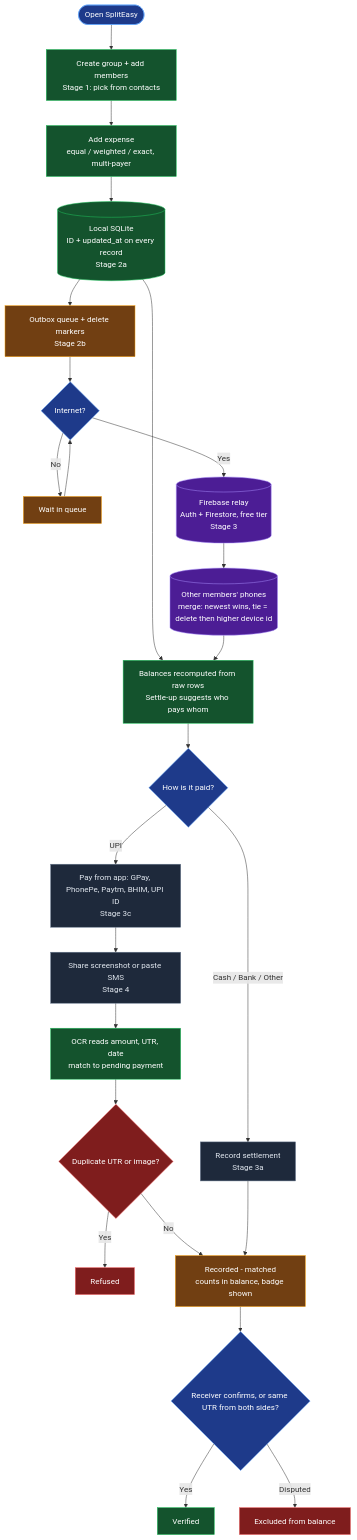
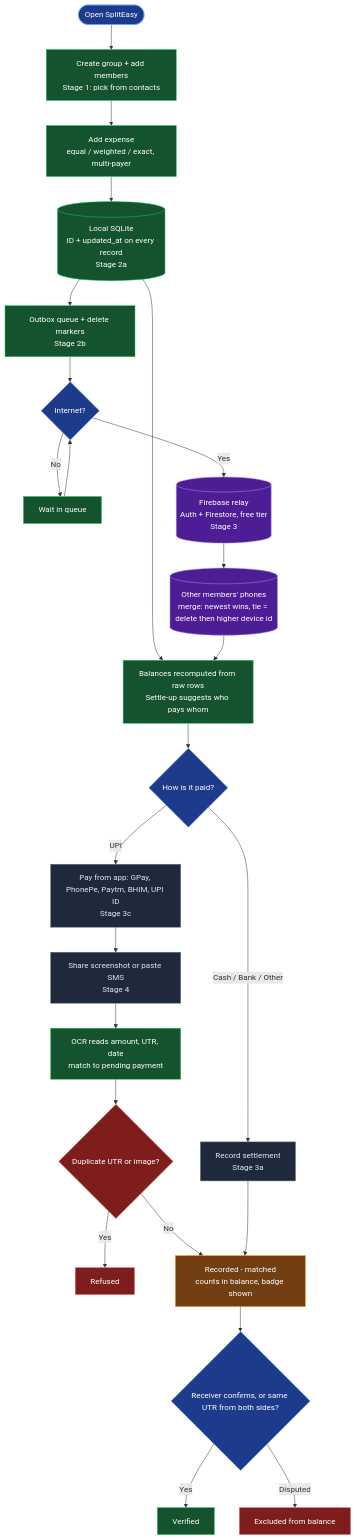
Before and after one commit to maha-karthik/spliteasy: the diagram in docs/blueprint/flowchart.mmd, drawn with Mermaid. The commit also changed 5 other files, not shown here.

First line of the commit message:
Stage 2b: tidy test import, refresh diagrams and guide

```diff
--- a/docs/blueprint/flowchart.mmd
+++ b/docs/blueprint/flowchart.mmd
@@ -1,31 +1,31 @@
 flowchart TD
   classDef done fill:#14532d,stroke:#22c55e,color:#fff
   classDef wip fill:#713f12,stroke:#f59e0b,color:#fff
   classDef next fill:#1e293b,stroke:#64748b,color:#e2e8f0
   classDef blue fill:#1e3a8a,stroke:#60a5fa,color:#fff
   classDef pur fill:#4c1d95,stroke:#a78bfa,color:#fff
   classDef rule fill:#7f1d1d,stroke:#f87171,color:#fff
 
   A([Open SplitEasy]):::blue --> B[Create group + add members<br/>Stage 1: pick from contacts]:::done
   B --> C[Add expense<br/>equal / weighted / exact, multi-payer]:::done
   C --> D[(Local SQLite<br/>ID + updated_at on every record<br/>Stage 2a)]:::done
   D --> E[Balances recomputed from raw rows<br/>Settle-up suggests who pays whom]:::done
   E --> F{How is it paid?}:::blue
   F -->|Cash / Bank / Other| G[Record settlement<br/>Stage 3a]:::next
   F -->|UPI| H[Pay from app: GPay, PhonePe, Paytm, BHIM, UPI ID<br/>Stage 3c]:::next
   H --> I[Share screenshot or paste SMS<br/>Stage 4]:::next
   I --> J[OCR reads amount, UTR, date<br/>match to pending payment]:::done
   J --> K{Duplicate UTR or image?}:::rule
   K -->|Yes| L[Refused]:::rule
   K -->|No| M[Recorded - matched<br/>counts in balance, badge shown]:::wip
   G --> M
   M --> N{Receiver confirms, or same UTR from both sides?}:::blue
   N -->|Yes| O[Verified]:::done
   N -->|Disputed| P[Excluded from balance]:::rule
-  D --> Q[Outbox queue + delete markers<br/>Stage 2b]:::wip
+  D --> Q[Outbox queue + delete markers<br/>Stage 2b]:::done
   Q --> R{Internet?}:::blue
-  R -->|No| S[Wait in queue]:::wip
+  R -->|No| S[Wait in queue]:::done
   S --> R
   R -->|Yes| T[(Firebase relay<br/>Auth + Firestore, free tier<br/>Stage 3)]:::pur
   T --> U[(Other members' phones<br/>merge: newest wins, tie = delete then higher device id)]:::pur
   U --> E
```
